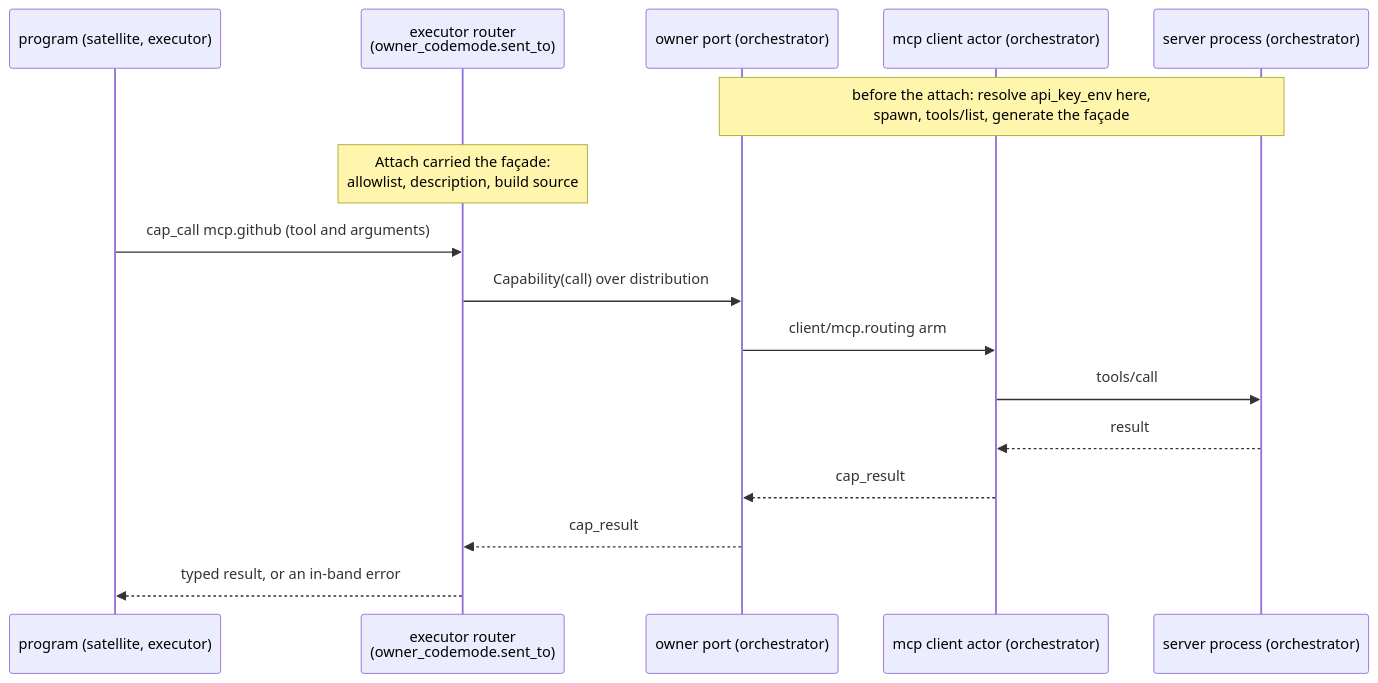
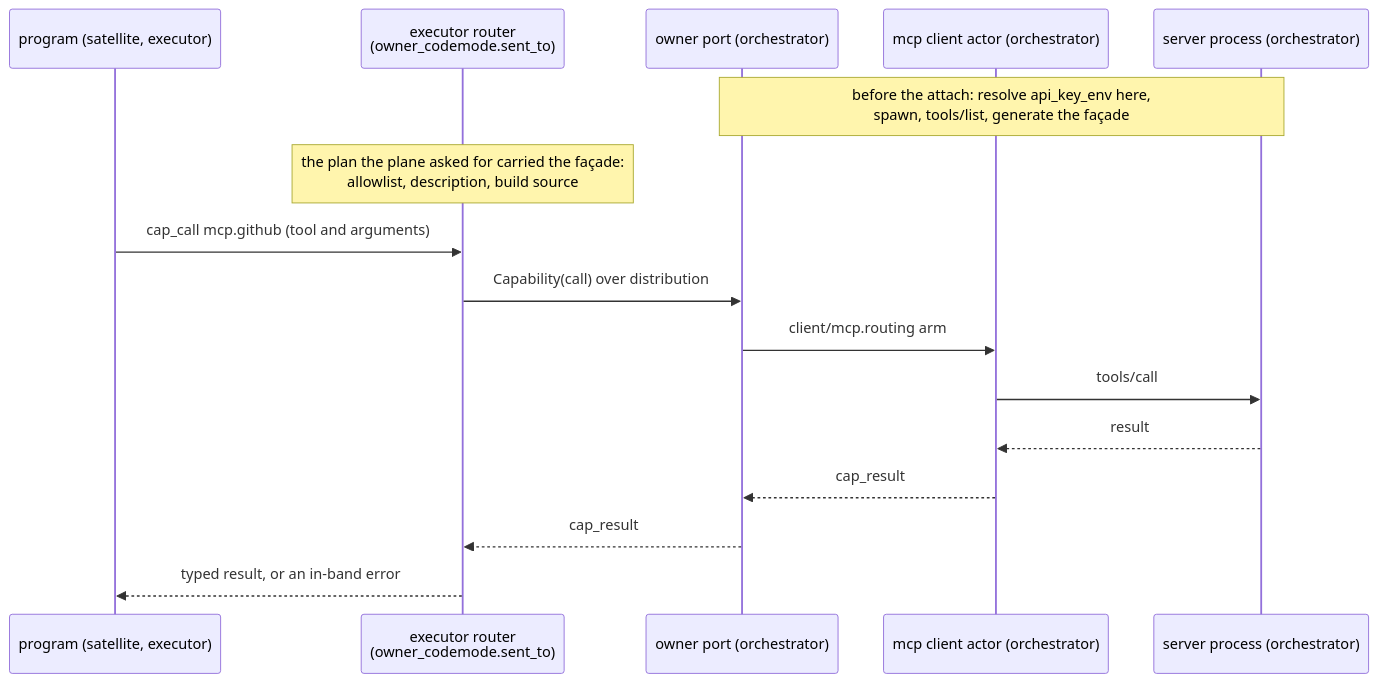
One commit to Roasbeef/loom changed the fourth of 5 diagrams in docs/architecture/distributed.md. Above: the diagram before and after it, drawn with Mermaid. The commit also changed other lines of this file and 6 other files, not shown here.

````diff
--- a/docs/architecture/distributed.md
+++ b/docs/architecture/distributed.md
@@ -826,18 +832,18 @@
 ```mermaid
 sequenceDiagram
     participant P as program (satellite, executor)
     participant R as executor router<br/>(owner_codemode.sent_to)
     participant OP as owner port (orchestrator)
     participant C as mcp client actor (orchestrator)
     participant S as server process (orchestrator)
     Note over OP,S: before the attach: resolve api_key_env here,<br/>spawn, tools/list, generate the façade
-    Note over R: Attach carried the façade:<br/>allowlist, description, build source
+    Note over R: the plan the plane asked for carried the façade:<br/>allowlist, description, build source
     P->>R: cap_call mcp.github (tool and arguments)
     R->>OP: Capability(call) over distribution
     OP->>C: client/mcp.routing arm
     C->>S: tools/call
     S-->>C: result
     C-->>OP: cap_result
     OP-->>R: cap_result
     R-->>P: typed result, or an in-band error
 ```
````
